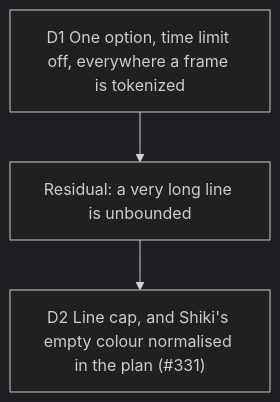
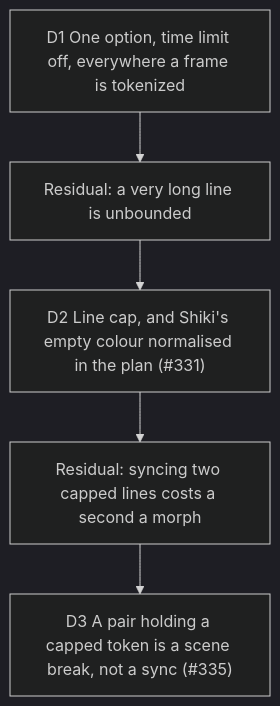
Before and after one commit to delhombre/typelapse: the diagram in docs/decisions/2026-10-14-whole-line-tokenization.md, drawn with Mermaid (dark theme). The commit also changed other lines of this file and 7 other files, not shown here.

First line of the commit message:
fix(magic-move): a pair holding a capped line is a scene break, not a sync (#335)

````diff
--- a/docs/decisions/2026-10-14-whole-line-tokenization.md
+++ b/docs/decisions/2026-10-14-whole-line-tokenization.md
@@ -14,5 +14,7 @@
 ```mermaid
 flowchart TD
   D1["D1 One option, time limit off, everywhere a frame is tokenized"] --> R["Residual: a very long line is unbounded"]
   R --> D2["D2 Line cap, and Shiki's empty colour normalised in the plan (#331)"]
+  D2 --> R2["Residual: syncing two capped lines costs a second a morph"]
+  R2 --> D3["D3 A pair holding a capped token is a scene break, not a sync (#335)"]
 ```
````
